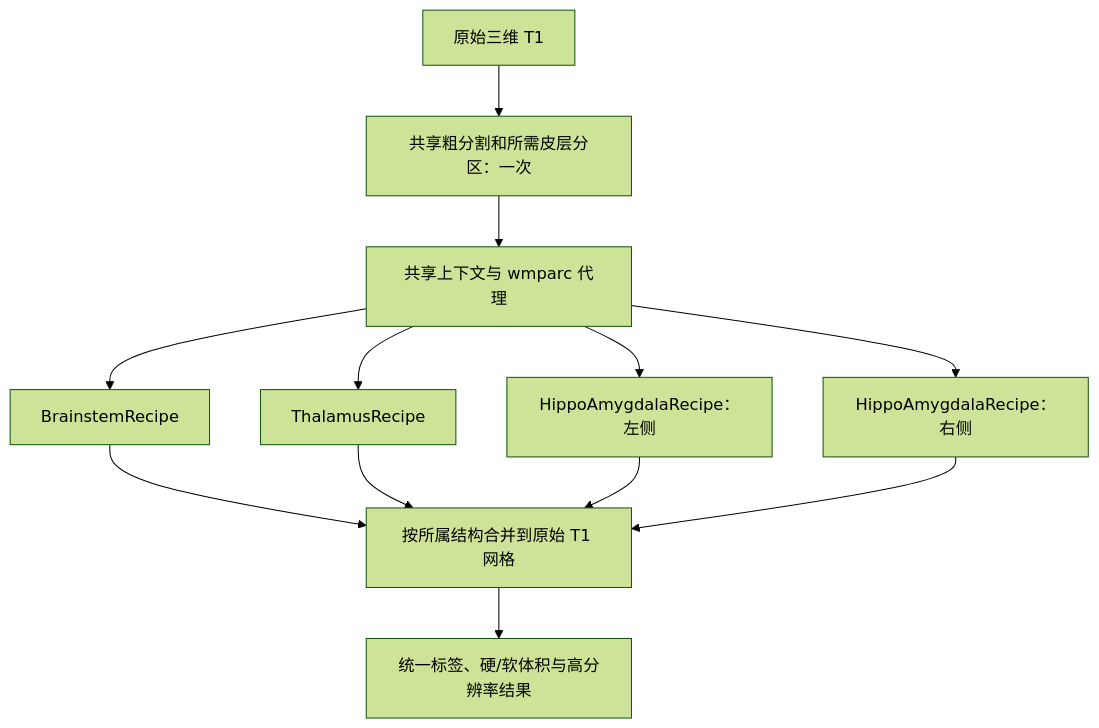
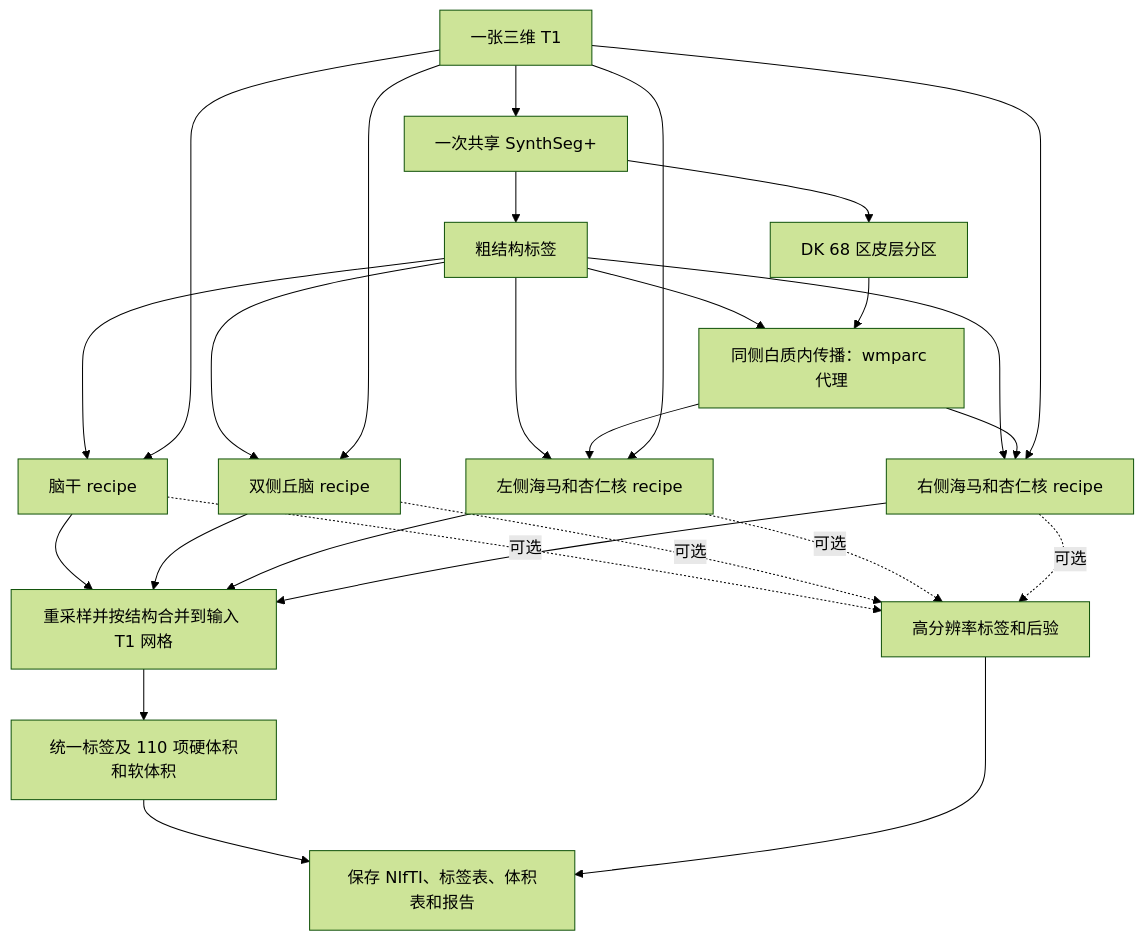
One commit to weikanggong1/Fudan-Neuroimaging-toolkit changed the diagram in docs/subregions/README.md. Above: the diagram before and after it, drawn with Mermaid (forest theme). The commit also changed other lines of this file and 191 other files, not shown here.

````diff
--- a/docs/subregions/README.md
+++ b/docs/subregions/README.md
@@ -11,14 +13,29 @@
 ```mermaid
 flowchart TD
-    A[原始三维 T1] --> B[共享粗分割和所需皮层分区：一次]
-    B --> C[共享上下文与 wmparc 代理]
-    C --> D[BrainstemRecipe]
-    C --> E[ThalamusRecipe]
-    C --> F[HippoAmygdalaRecipe：左侧]
-    C --> G[HippoAmygdalaRecipe：右侧]
-    D --> H[按所属结构合并到原始 T1 网格]
-    E --> H
-    F --> H
-    G --> H
-    H --> I[统一标签、硬/软体积与高分辨率结果]
+    T1[一张三维 T1] --> SS[一次共享 SynthSeg+]
+    SS --> COARSE[粗结构标签]
+    SS --> DK[DK 68 区皮层分区]
+    COARSE --> WM[同侧白质内传播：wmparc 代理]
+    DK --> WM
+    COARSE --> BS[脑干 recipe]
+    COARSE --> TH[双侧丘脑 recipe]
+    COARSE --> HL[左侧海马和杏仁核 recipe]
+    COARSE --> HR[右侧海马和杏仁核 recipe]
+    WM --> HL
+    WM --> HR
+    T1 --> BS
+    T1 --> TH
+    T1 --> HL
+    T1 --> HR
+    BS --> MERGE[重采样并按结构合并到输入 T1 网格]
+    TH --> MERGE
+    HL --> MERGE
+    HR --> MERGE
+    MERGE --> OUT[统一标签及 110 项硬体积和软体积]
+    OUT --> SAVE[保存 NIfTI、标签表、体积表和报告]
+    BS -. 可选 .-> HIGH[高分辨率标签和后验]
+    TH -. 可选 .-> HIGH
+    HL -. 可选 .-> HIGH
+    HR -. 可选 .-> HIGH
+    HIGH --> SAVE
 ```
````
